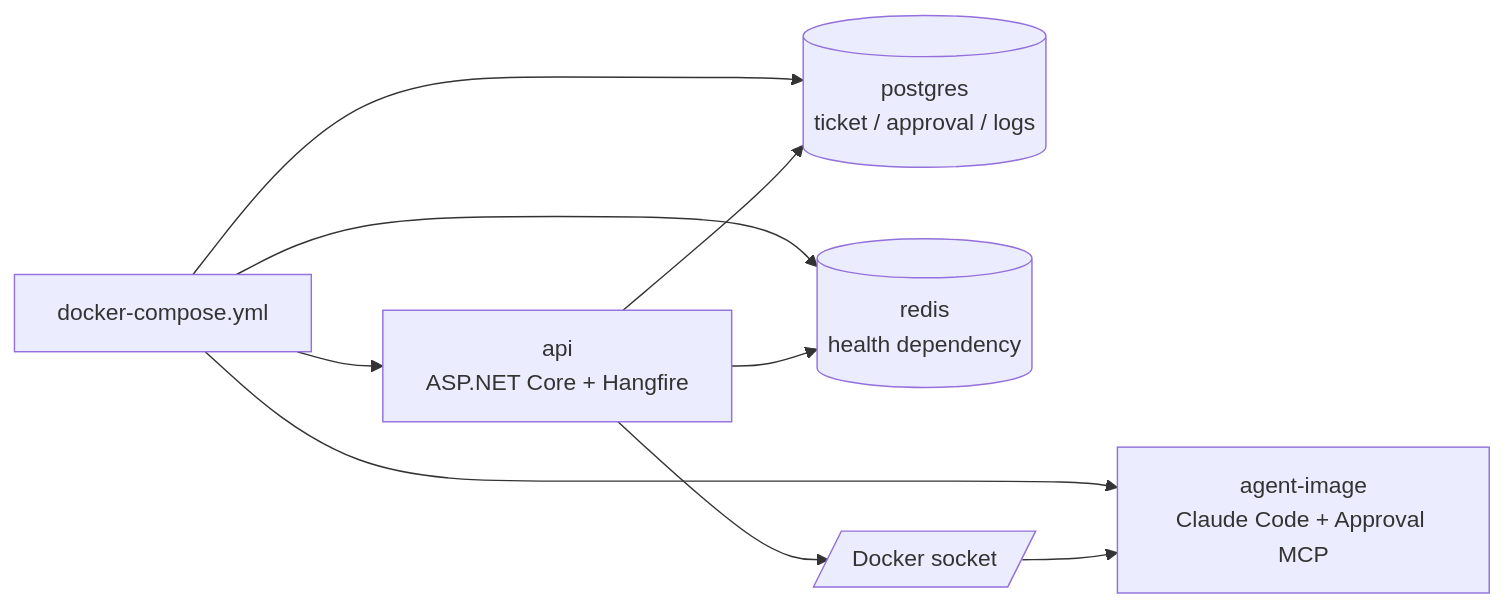
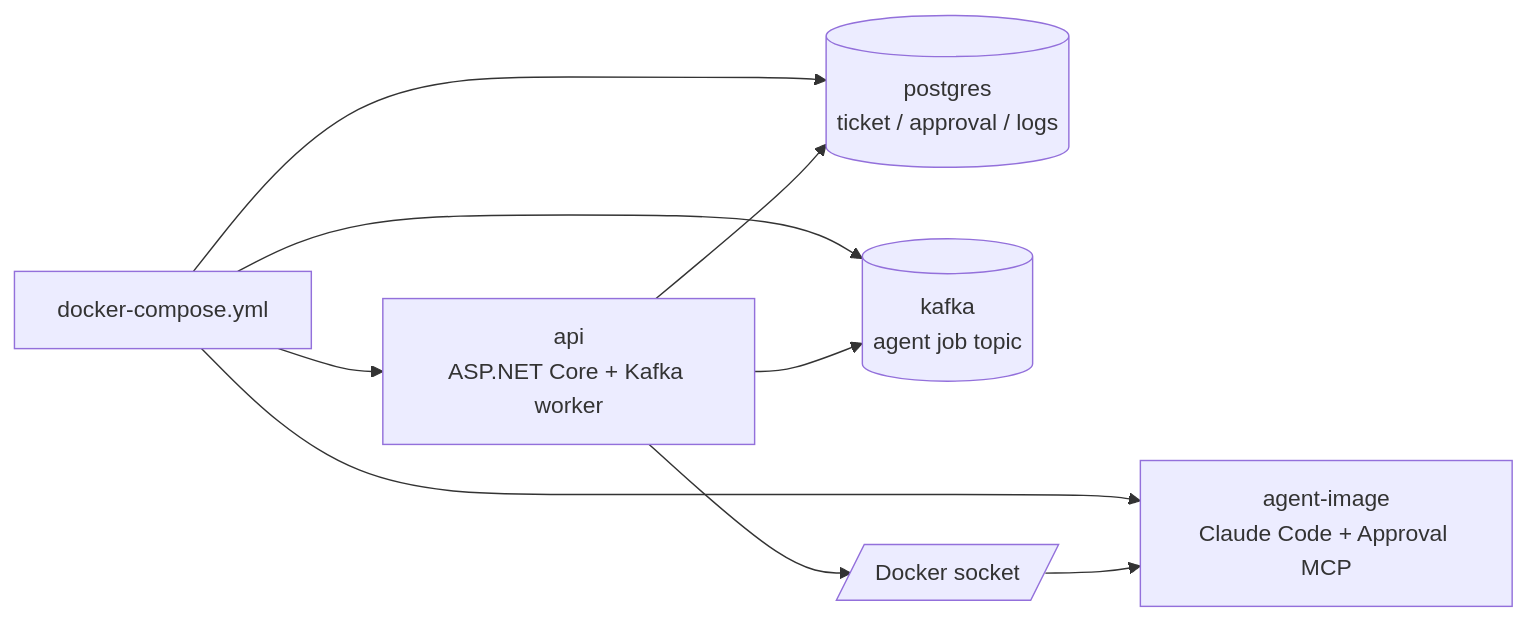
Before and after one commit to zzanghyunmoo/ReplaceMe: the first of 2 diagrams in docs/features/local-operations.md, drawn with Mermaid. The commit also changed other lines of this file and 22 other files, not shown here.

````diff
--- a/docs/features/local-operations.md
+++ b/docs/features/local-operations.md
@@ -11,11 +11,11 @@
 ```mermaid
 flowchart LR
-    Compose[docker-compose.yml] --> API[api\nASP.NET Core + Hangfire]
+    Compose[docker-compose.yml] --> API[api\nASP.NET Core + Kafka worker]
     Compose --> Postgres[(postgres\nticket / approval / logs)]
-    Compose --> Redis[(redis\nhealth dependency)]
+    Compose --> Kafka[(kafka\nagent job topic)]
     Compose --> AgentImage[agent-image\nClaude Code + Approval MCP]
     API --> Postgres
-    API --> Redis
+    API --> Kafka
     API --> DockerSock[/Docker socket/]
     DockerSock --> AgentImage
 ```
````
